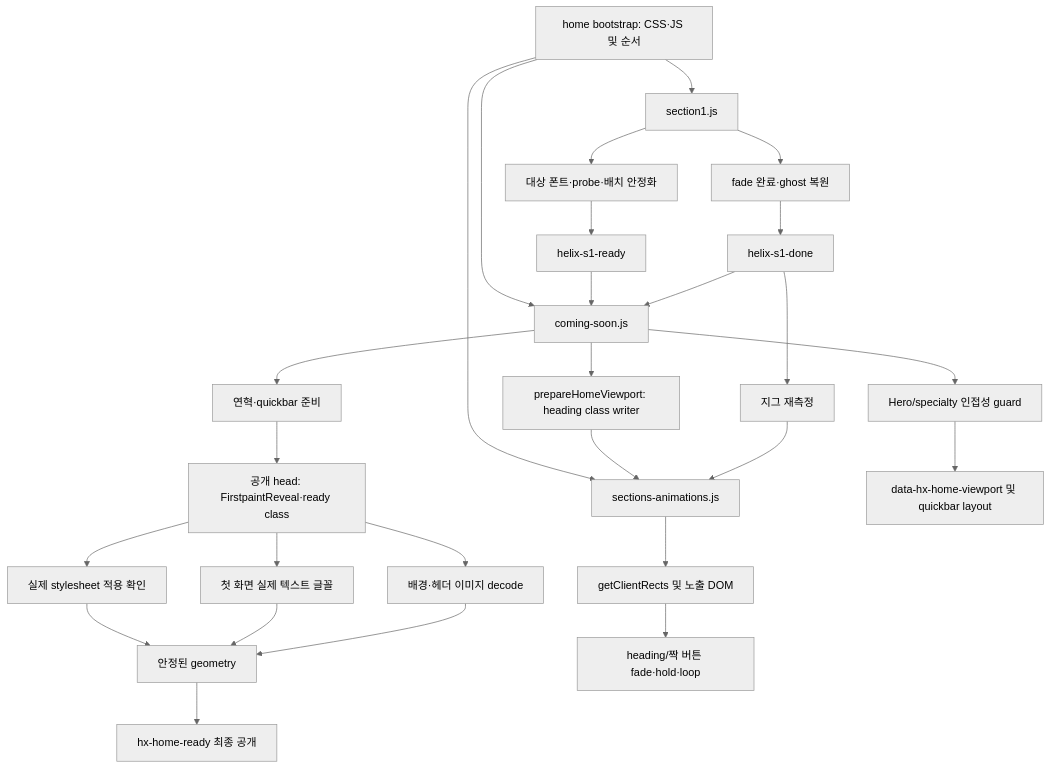
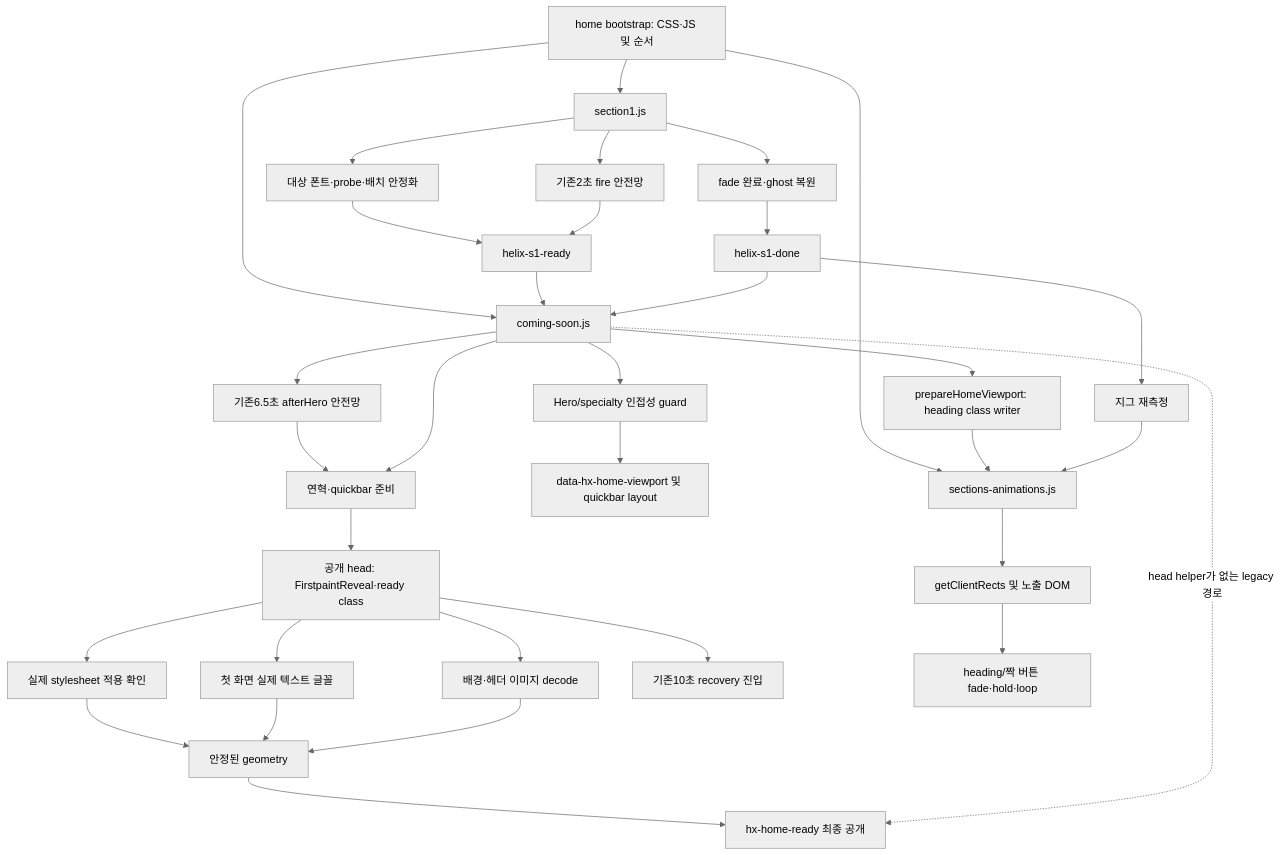
One commit to pookat73-prog/helixamc-webflow changed the diagram in docs/quality/16-firstpaint-hero.md. Above: the diagram before and after it, drawn with Mermaid (neutral theme). The commit also changed other lines of this file and 2 other files, not shown here.

Commit message:
docs(d03): checkpoint frozen22 run and distinguish firstpaint, Hero and section readiness

````diff
--- a/docs/quality/16-firstpaint-hero.md
+++ b/docs/quality/16-firstpaint-hero.md
@@ -9,29 +9,35 @@
 ```mermaid
 flowchart TD
   Head[공개 head: FirstpaintReveal·ready class] --> Styles[실제 stylesheet 적용 확인]
   Head --> Fonts[첫 화면 실제 텍스트 글꼴]
   Head --> Images[배경·헤더 이미지 decode]
   Styles --> Layout[안정된 geometry]
   Fonts --> Layout
   Images --> Layout
   Layout --> Ready[hx-home-ready 최종 공개]
   Entry[home bootstrap: CSS·JS 및 순서] --> Coming[coming-soon.js]
   Entry --> Hero[section1.js]
   Entry --> Sections[sections-animations.js]
   Coming --> Hooks[prepareHomeViewport: heading class writer]
   Coming --> Adjacency[Hero/specialty 인접성 guard]
   Adjacency --> Viewport[data-hx-home-viewport 및 quickbar layout]
   Hero --> HeroFonts[대상 폰트·probe·배치 안정화]
   HeroFonts --> Event[helix-s1-ready]
   Hero --> Cleanup[fade 완료·ghost 복원]
   Cleanup --> Done[helix-s1-done]
   Event --> Coming
   Done --> Coming
+  Hero --> LegacyFire[기존2초 fire 안전망]
+  LegacyFire --> Event
+  Coming --> LegacyAfter[기존6.5초 afterHero 안전망]
+  LegacyAfter --> Milestone
+  Coming -. head helper가 없는 legacy 경로 .-> Ready
+  Head --> Recovery[기존10초 recovery 진입]
   Coming --> Milestone[연혁·quickbar 준비]
   Milestone --> Head
   Hooks --> Sections
   Sections --> Visible[getClientRects 및 노출 DOM]
   Visible --> Motion[heading/짝 버튼 fade·hold·loop]
   Done --> Refresh[지그 재측정]
   Refresh --> Sections
 ```
````
